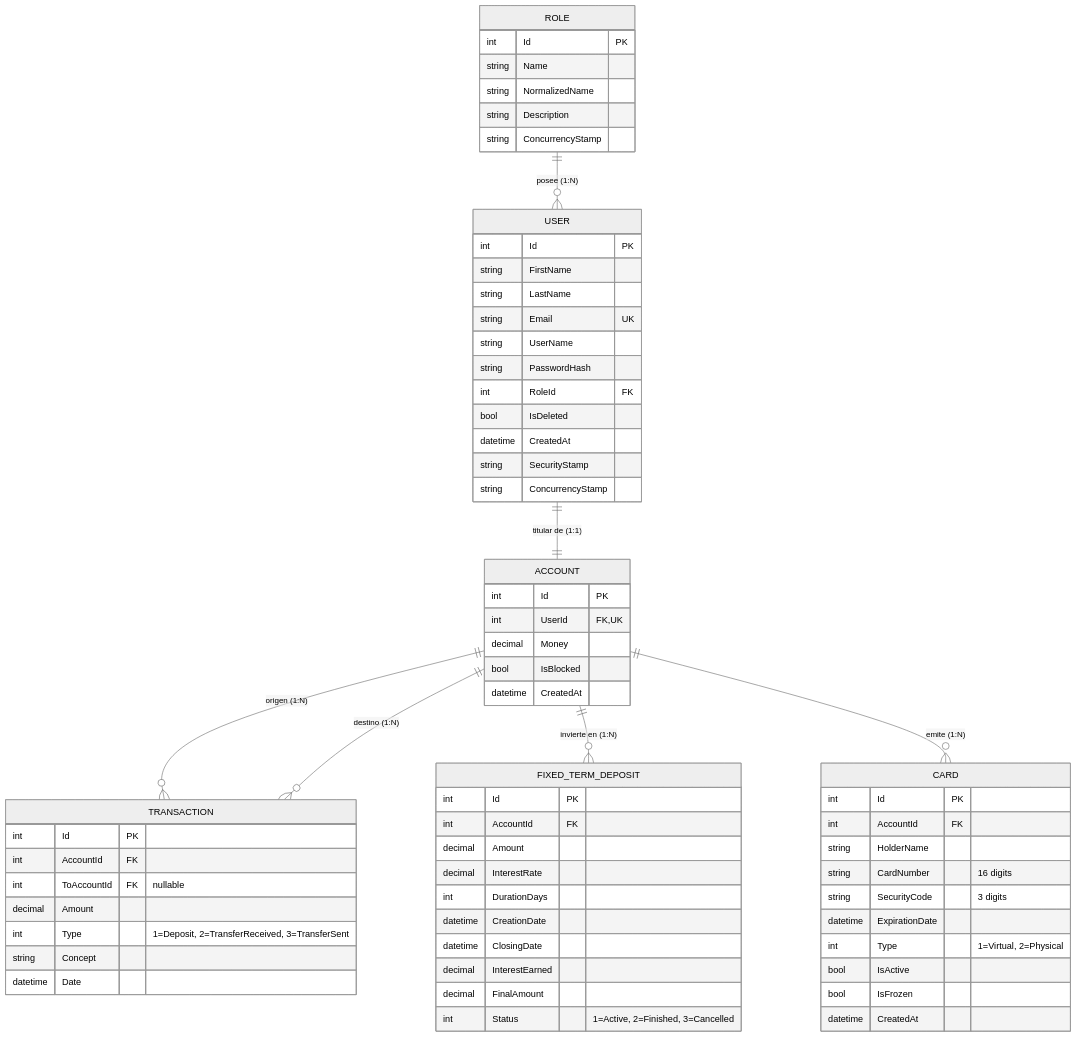
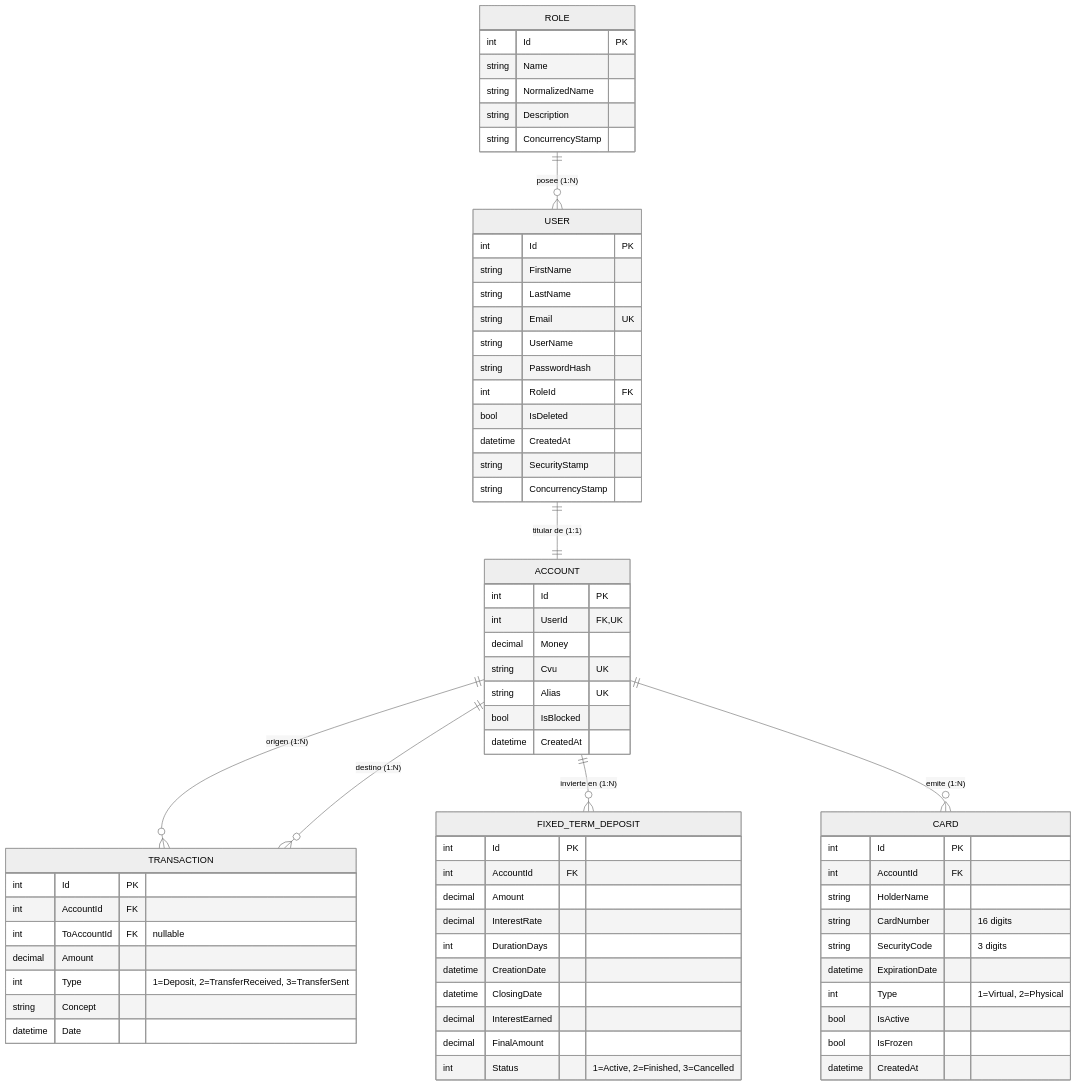
The diagram in README.md (MicaMulato/Squad-stack), drawn with Mermaid (neutral theme) before and after one commit. The commit also changed other lines of this file and 5 other files, not shown here.

Commit message:
docs: update postman collection, er diagram and backend documentation for sprint 2 & cvu/alias

````diff
--- a/README.md
+++ b/README.md
@@ -136,75 +133,77 @@
 ```mermaid
 erDiagram
     ROLE ||--o{ USER : "posee (1:N)"
     USER ||--|| ACCOUNT : "titular de (1:1)"
     ACCOUNT ||--o{ TRANSACTION : "origen (1:N)"
     ACCOUNT ||--o{ TRANSACTION : "destino (1:N)"
     ACCOUNT ||--o{ FIXED_TERM_DEPOSIT : "invierte en (1:N)"
     ACCOUNT ||--o{ CARD : "emite (1:N)"
 
     ROLE {
         int Id PK
         string Name
         string NormalizedName
         string Description
         string ConcurrencyStamp
     }
 
     USER {
         int Id PK
         string FirstName
         string LastName
         string Email UK
         string UserName
         string PasswordHash
         int RoleId FK
         bool IsDeleted
         datetime CreatedAt
         string SecurityStamp
         string ConcurrencyStamp
     }
 
     ACCOUNT {
         int Id PK
         int UserId FK,UK
         decimal Money
+        string Cvu UK
+        string Alias UK
         bool IsBlocked
         datetime CreatedAt
     }
 
     TRANSACTION {
         int Id PK
         int AccountId FK
         int ToAccountId FK "nullable"
         decimal Amount
         int Type "1=Deposit, 2=TransferReceived, 3=TransferSent"
         string Concept
         datetime Date
     }
 
     FIXED_TERM_DEPOSIT {
         int Id PK
         int AccountId FK
         decimal Amount
         decimal InterestRate
         int DurationDays
         datetime CreationDate
         datetime ClosingDate
         decimal InterestEarned
         decimal FinalAmount
         int Status "1=Active, 2=Finished, 3=Cancelled"
     }
 
     CARD {
         int Id PK
         int AccountId FK
         string HolderName
         string CardNumber "16 digits"
         string SecurityCode "3 digits"
         datetime ExpirationDate
         int Type "1=Virtual, 2=Physical"
         bool IsActive
         bool IsFrozen
         datetime CreatedAt
     }
 ```
````
